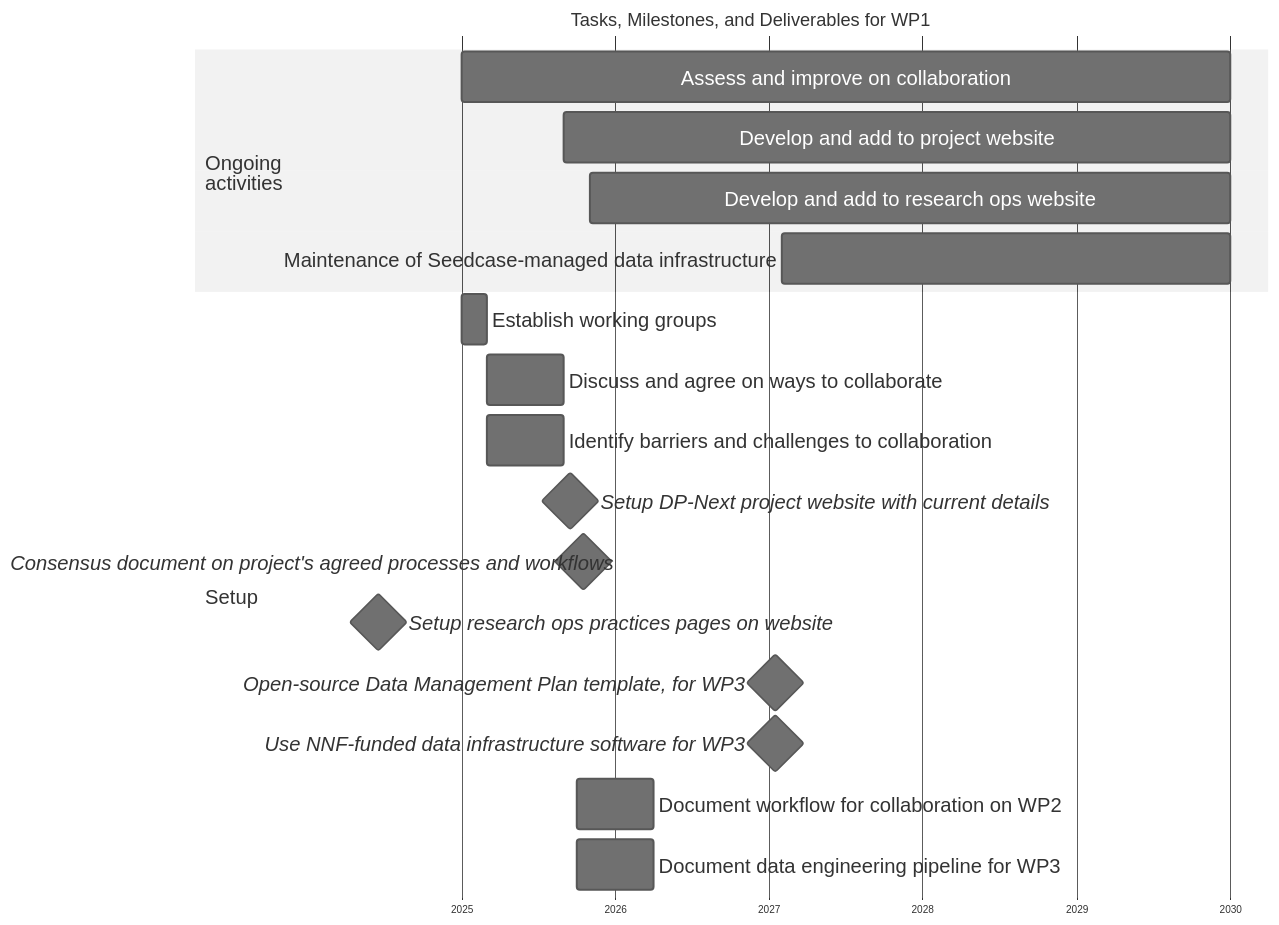
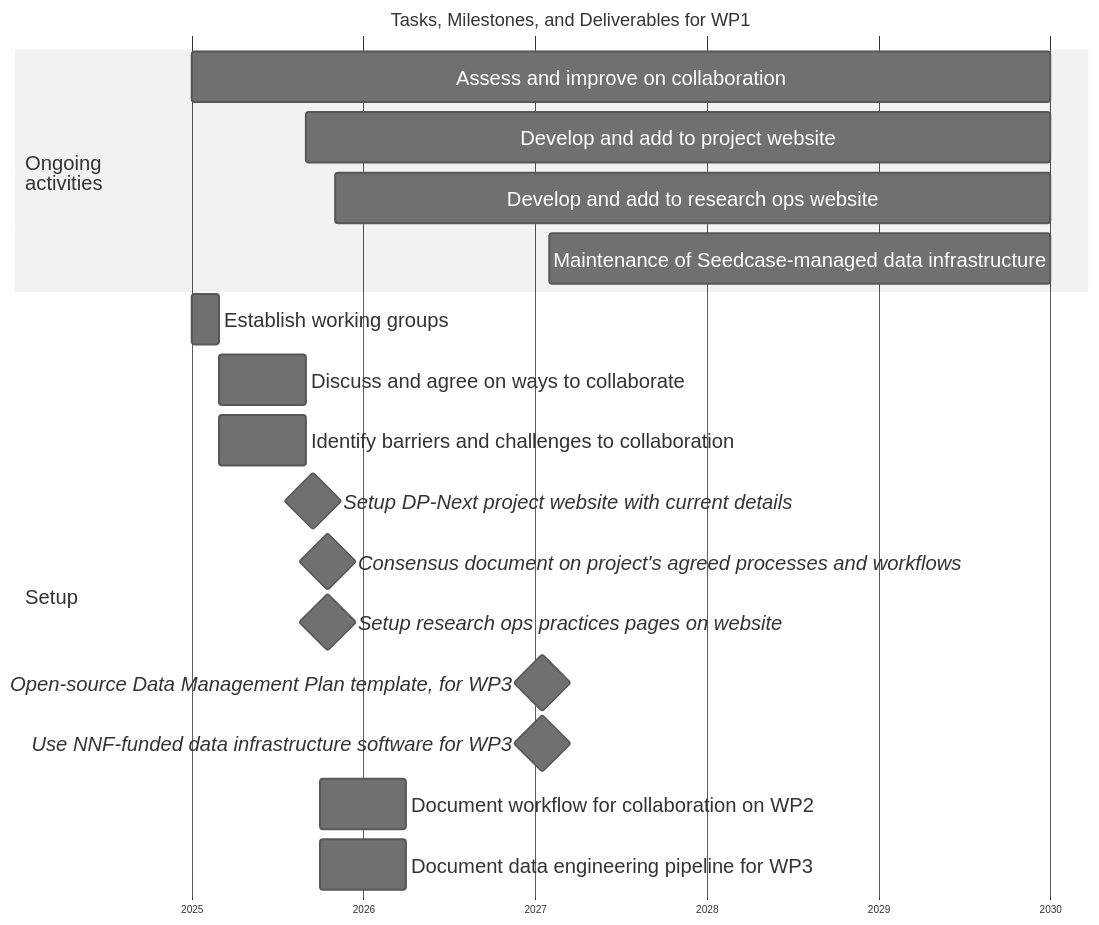
Before and after one commit to steno-aarhus/dp-next: the diagram in wp1/images/gantt-wp1.mmd, drawn with Mermaid.

Commit message:
docs: fix label in one item of Gantt chart

```diff
--- a/wp1/images/gantt-wp1.mmd
+++ b/wp1/images/gantt-wp1.mmd
@@ -1,39 +1,39 @@
 ---
 config:
     theme: "neutral"
     themeCSS: "svg {width: 700px}"
     gantt:
         barHeight: 50
         leftPadding: 175
         fontSize: 20
         sectionFontSize: 20
         barGap: 10
 ---
 
 gantt
   title Tasks, Milestones, and Deliverables for WP1
   dateFormat  YYYY-MM-DD
   axisFormat %Y
   tickInterval 1year
   todayMarker off
   %% (`excludes` accepts specific dates in YYYY-MM-DD format, days of the week ("sunday") or "weekends", but not the word "weekdays".)
 
   section Ongoing<br>activities
   Assess and improve on collaboration: improve, 2025-01-01, 5y
   Develop and add to project website: imp_proj_web, after agree, 2030-01-01
   Develop and add to research ops website: imp_reops_web, after consensus, 2030-01-01
   Maintenance of Seedcase-managed data infrastructure: imp_seedcase, after seedcase, 2030-01-01
 
   section Setup
   Establish working groups: wg, 2025-01-01, 2M
   Discuss and agree on ways to collaborate: agree, after wg, 6M
   Identify barriers and challenges to collaboration: barriers, after wg, 6M
 
   Setup DP-Next project website with current details: milestone, web_proj, after barriers, 1M
   Consensus document on project's agreed processes and workflows: milestone, consensus, after web_proj, 1M
-  Setup research ops practices pages on website: milestone, web_reops, after website, 1M
+  Setup research ops practices pages on website: milestone, web_reops, after web_proj, 1M
   Open-source Data Management Plan template, for WP3: milestone, template_dmp, 2027-01-01, 1M 
   Use NNF-funded data infrastructure software for WP3: milestone, seedcase, 2027-01-01, 1M
 
   Document workflow for collaboration on WP2: collab_wp2, after web_proj, 6M
   Document data engineering pipeline for WP3: de_wp3, after web_proj, 6M
```
